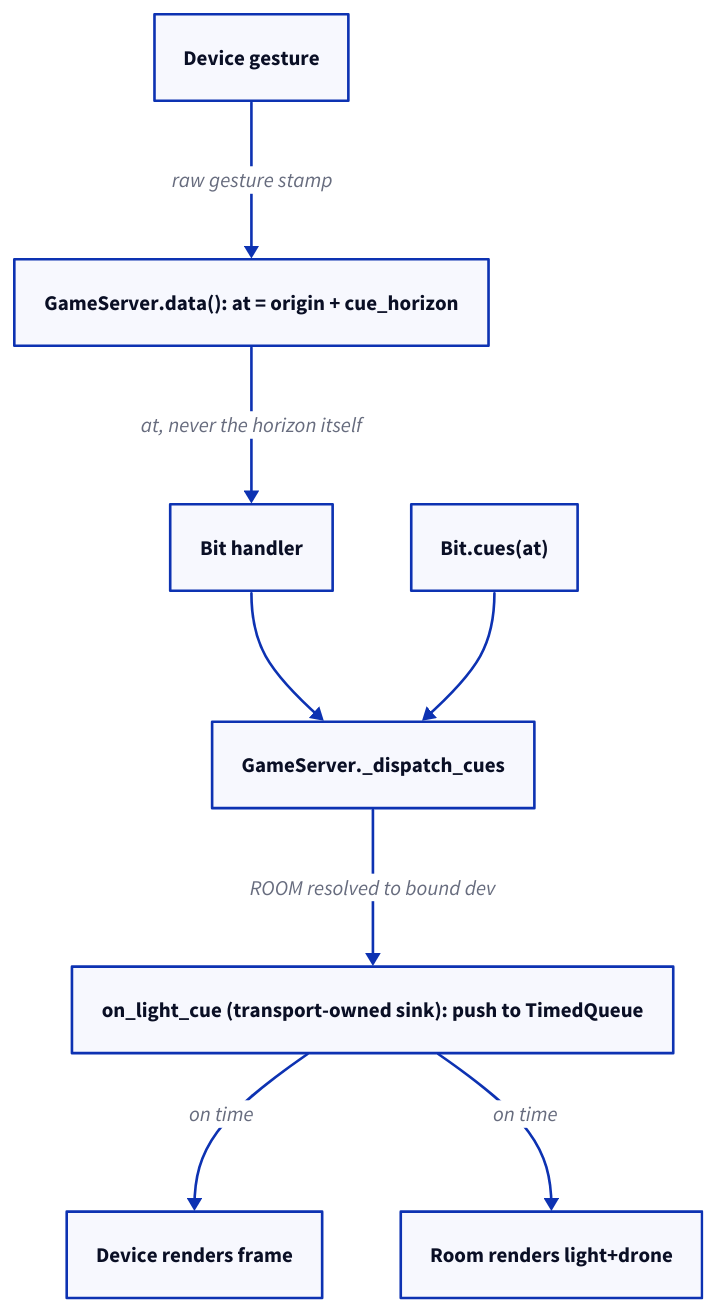
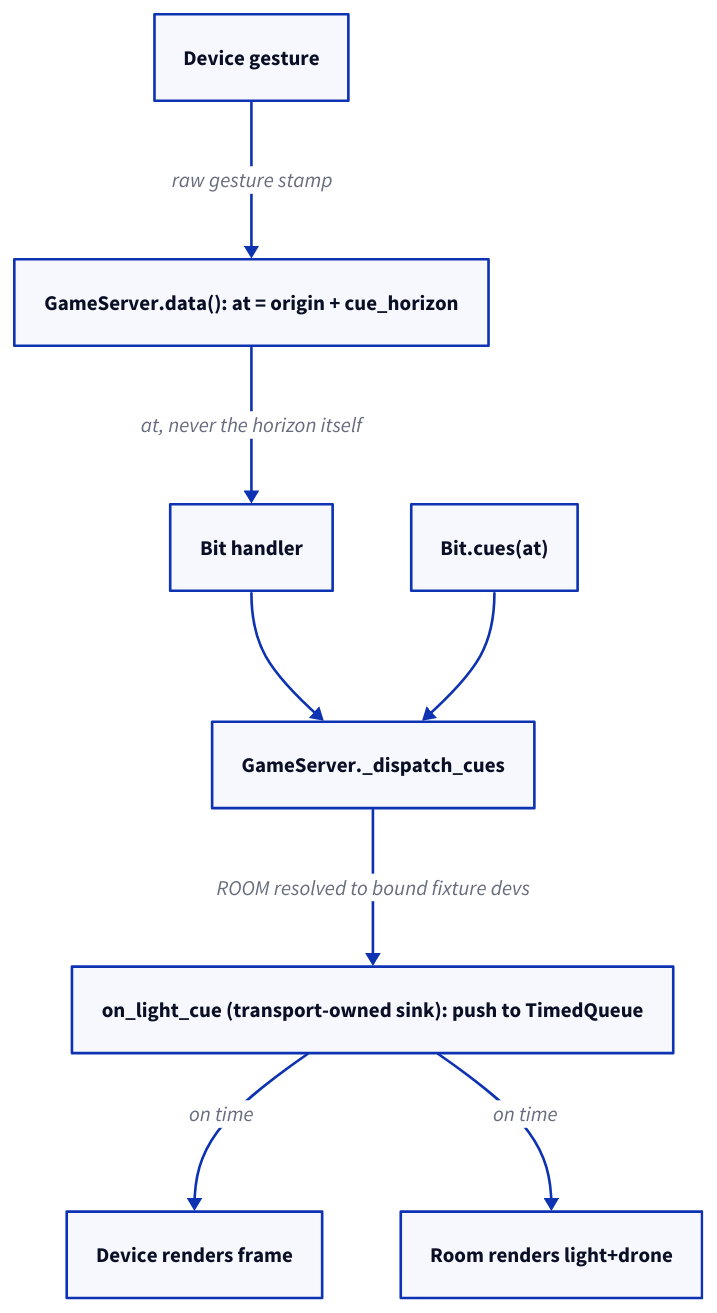
The diagram in docs/diagrams/cue-path.d2 (Musical-Mycology/mm-terrarium), drawn with D2 before and after one commit. The commit also changed 7 other files, not shown here.

First line of the commit message:
docs(terrarium): sync the deep-dive and diagrams after the N-fixture Room slice

```diff
--- a/docs/diagrams/cue-path.d2
+++ b/docs/diagrams/cue-path.d2
@@ -1,18 +1,18 @@
 direction: down
 
 gesture: "Device gesture"
 data: "GameServer.data(): at = origin + cue_horizon"
 handler: "Bit handler"
 selfcues: "Bit.cues(at)"
 dispatch: "GameServer._dispatch_cues"
 sink: "on_light_cue (transport-owned sink): push to TimedQueue"
 dev_render: "Device renders frame"
 room_render: "Room renders light+drone"
 
 gesture -> data: raw gesture stamp
 data -> handler: at, never the horizon itself
 handler -> dispatch
 selfcues -> dispatch
-dispatch -> sink: ROOM resolved to bound dev
+dispatch -> sink: ROOM resolved to bound fixture devs
 sink -> dev_render: on time
 sink -> room_render: on time
```
